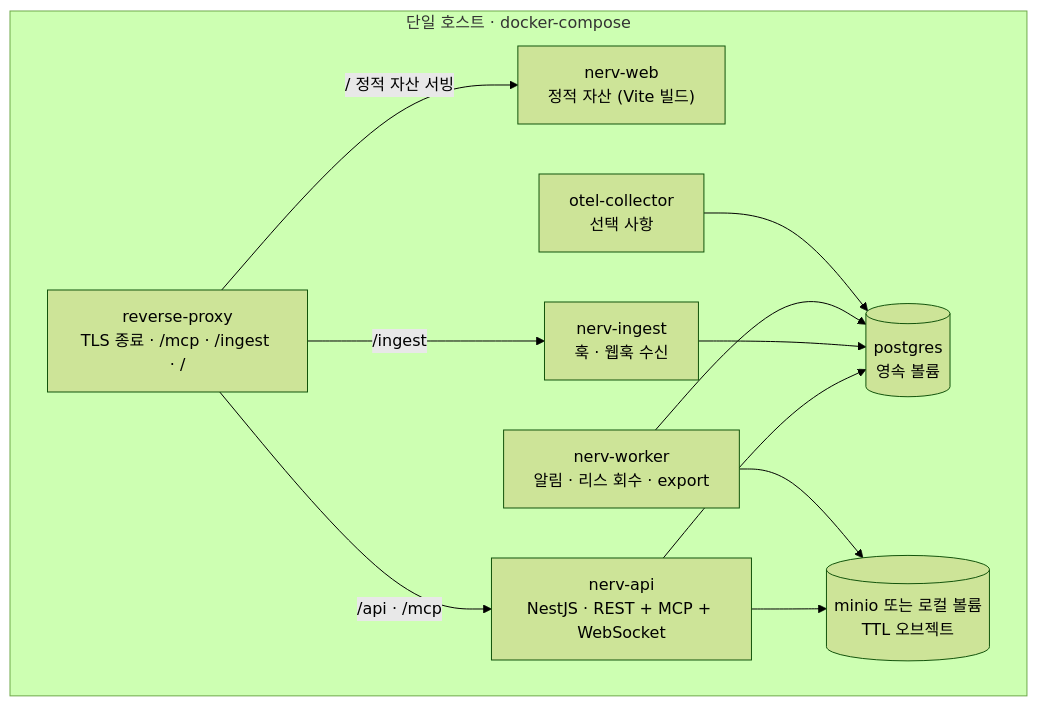
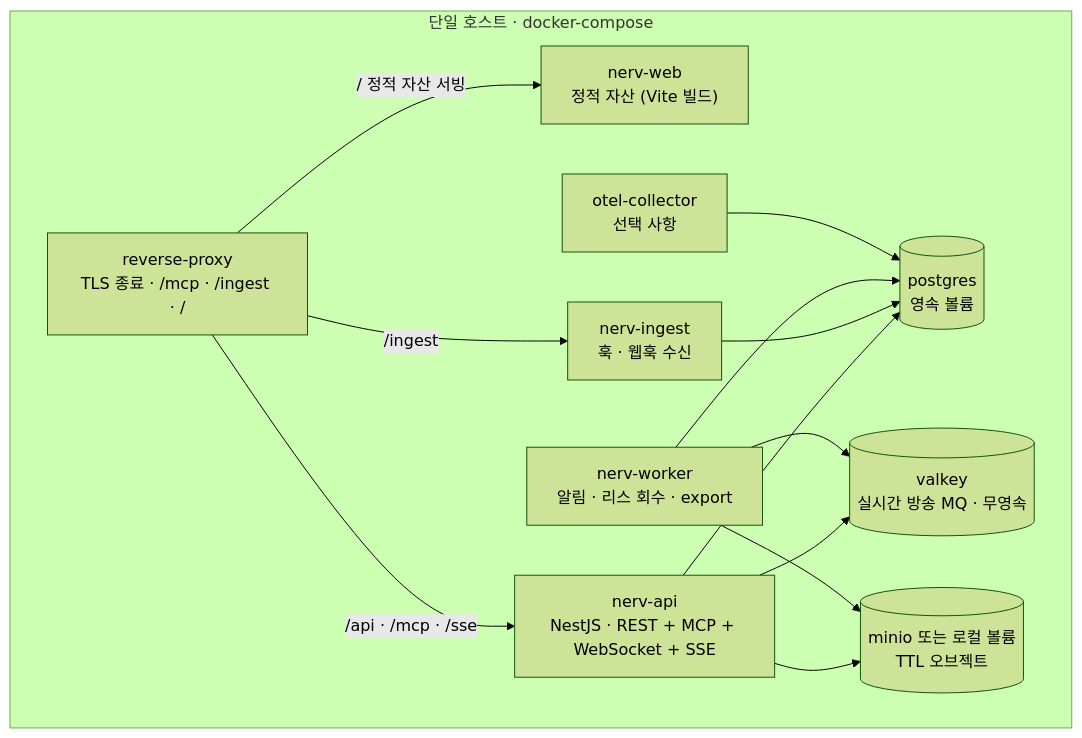
One commit to worker-ants/nerv changed the sixth of 6 diagrams in docs/03-proposal/architecture.md. Above: the diagram before and after it, drawn with Mermaid (forest theme). The commit also changed other lines of this file and 17 other files, not shown here.

First line of the commit message:
docs: 코드 위치 codebase/ 확정 + 실시간 채널 WebSocket+SSE·Valkey MQ

````diff
--- a/docs/03-proposal/architecture.md
+++ b/docs/03-proposal/architecture.md
@@ -350,22 +354,25 @@
 ```mermaid
 flowchart TB
   subgraph HOST["단일 호스트 · docker-compose"]
     RP["reverse-proxy<br/>TLS 종료 · /mcp · /ingest · /"]
     W1["nerv-web<br/>정적 자산 (Vite 빌드)"]
-    A1["nerv-api<br/>NestJS · REST + MCP + WebSocket"]
+    A1["nerv-api<br/>NestJS · REST + MCP + WebSocket + SSE"]
     I1["nerv-ingest<br/>훅 · 웹훅 수신"]
     K1["nerv-worker<br/>알림 · 리스 회수 · export"]
     P1[("postgres<br/>영속 볼륨")]
+    V1[("valkey<br/>실시간 방송 MQ · 무영속")]
     S1[("minio 또는 로컬 볼륨<br/>TTL 오브젝트")]
     O1["otel-collector<br/>선택 사항"]
   end
   RP -->|"/ 정적 자산 서빙"| W1
-  RP -->|"/api · /mcp"| A1
+  RP -->|"/api · /mcp · /sse"| A1
   RP -->|"/ingest"| I1
   A1 --> P1
   I1 --> P1
   K1 --> P1
+  A1 --> V1
+  K1 --> V1
   A1 --> S1
   K1 --> S1
   O1 --> P1
 ```
````
